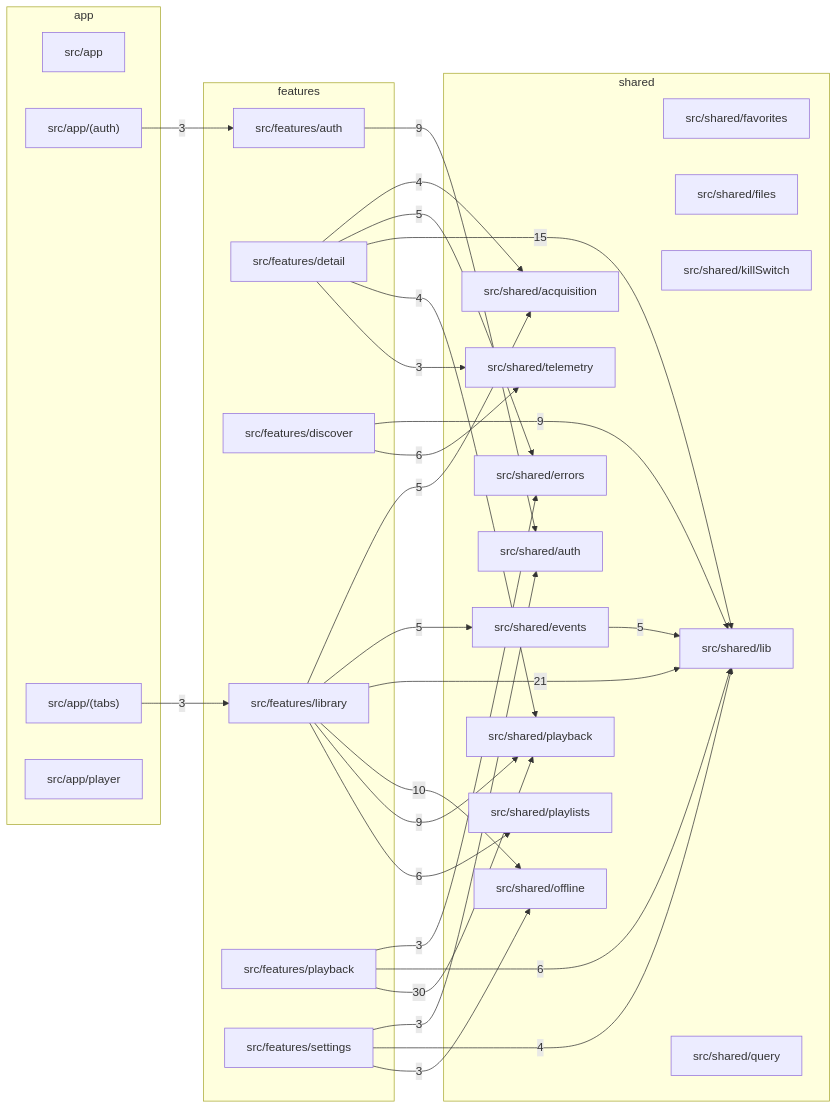
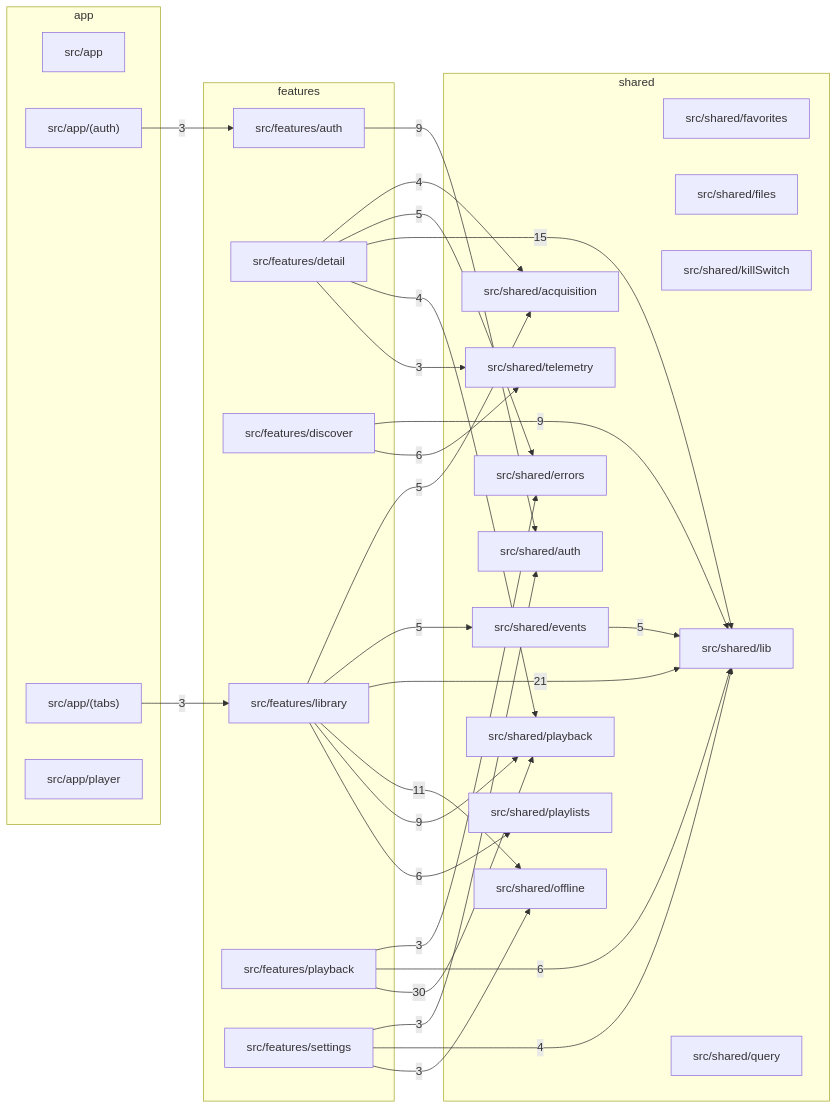
The third of 3 diagrams in docs/architecture.md (aleburrascano/altune), drawn with Mermaid before and after one commit. The commit also changed 12 other files, not shown here.

First line of the commit message:
refactor(mobile): point library logic away from ui and split track menu hooks (#2519)

````diff
--- a/docs/architecture.md
+++ b/docs/architecture.md
@@ -68,55 +68,55 @@
 ```mermaid
 flowchart LR
   subgraph app
     apps_mobile_src_app["src/app"]
     apps_mobile_src_app__auth_["src/app/(auth)"]
     apps_mobile_src_app__tabs_["src/app/(tabs)"]
     apps_mobile_src_app_player["src/app/player"]
   end
   subgraph features
     apps_mobile_src_features_auth["src/features/auth"]
     apps_mobile_src_features_detail["src/features/detail"]
     apps_mobile_src_features_discover["src/features/discover"]
     apps_mobile_src_features_library["src/features/library"]
     apps_mobile_src_features_playback["src/features/playback"]
     apps_mobile_src_features_settings["src/features/settings"]
   end
   subgraph shared
     apps_mobile_src_shared_acquisition["src/shared/acquisition"]
     apps_mobile_src_shared_auth["src/shared/auth"]
     apps_mobile_src_shared_errors["src/shared/errors"]
     apps_mobile_src_shared_events["src/shared/events"]
     apps_mobile_src_shared_favorites["src/shared/favorites"]
     apps_mobile_src_shared_files["src/shared/files"]
     apps_mobile_src_shared_killSwitch["src/shared/killSwitch"]
     apps_mobile_src_shared_lib["src/shared/lib"]
     apps_mobile_src_shared_offline["src/shared/offline"]
     apps_mobile_src_shared_playback["src/shared/playback"]
     apps_mobile_src_shared_playlists["src/shared/playlists"]
     apps_mobile_src_shared_query["src/shared/query"]
     apps_mobile_src_shared_telemetry["src/shared/telemetry"]
   end
   apps_mobile_src_app__auth_ -->|3| apps_mobile_src_features_auth
   apps_mobile_src_app__tabs_ -->|3| apps_mobile_src_features_library
   apps_mobile_src_features_auth -->|9| apps_mobile_src_shared_auth
   apps_mobile_src_features_detail -->|4| apps_mobile_src_shared_acquisition
   apps_mobile_src_features_detail -->|5| apps_mobile_src_shared_errors
   apps_mobile_src_features_detail -->|15| apps_mobile_src_shared_lib
   apps_mobile_src_features_detail -->|4| apps_mobile_src_shared_playback
   apps_mobile_src_features_detail -->|3| apps_mobile_src_shared_telemetry
   apps_mobile_src_features_discover -->|9| apps_mobile_src_shared_lib
   apps_mobile_src_features_discover -->|6| apps_mobile_src_shared_telemetry
   apps_mobile_src_features_library -->|5| apps_mobile_src_shared_acquisition
   apps_mobile_src_features_library -->|5| apps_mobile_src_shared_events
   apps_mobile_src_features_library -->|21| apps_mobile_src_shared_lib
-  apps_mobile_src_features_library -->|10| apps_mobile_src_shared_offline
+  apps_mobile_src_features_library -->|11| apps_mobile_src_shared_offline
   apps_mobile_src_features_library -->|9| apps_mobile_src_shared_playback
   apps_mobile_src_features_library -->|6| apps_mobile_src_shared_playlists
   apps_mobile_src_features_playback -->|3| apps_mobile_src_shared_errors
   apps_mobile_src_features_playback -->|6| apps_mobile_src_shared_lib
   apps_mobile_src_features_playback -->|30| apps_mobile_src_shared_playback
   apps_mobile_src_features_settings -->|3| apps_mobile_src_shared_auth
   apps_mobile_src_features_settings -->|4| apps_mobile_src_shared_lib
   apps_mobile_src_features_settings -->|3| apps_mobile_src_shared_offline
   apps_mobile_src_shared_events -->|5| apps_mobile_src_shared_lib
 ```
````
